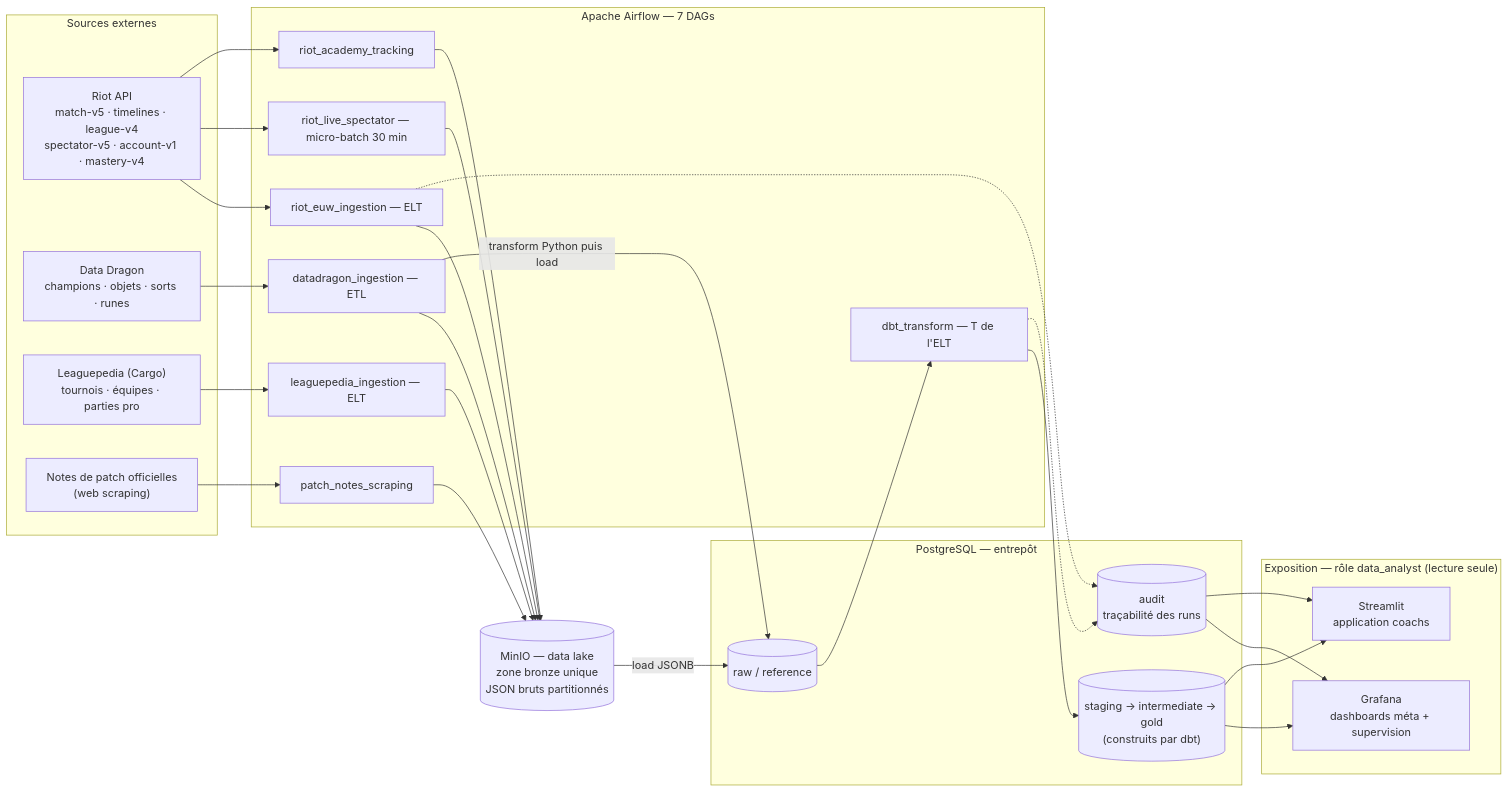
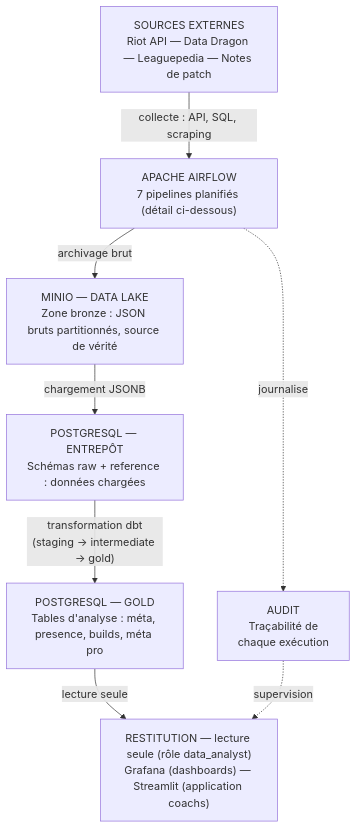
Before and after one commit to Randil12/MyLeague: the diagram in README.md, drawn with Mermaid. The commit also changed other lines of this file, not shown here.

Commit message:
readme update

````diff
--- a/README.md
+++ b/README.md
@@ -11,58 +11,18 @@
 ```mermaid
-flowchart LR
-    subgraph SRC["Sources externes"]
-        RIOT["Riot API<br/>match-v5 · timelines · league-v4<br/>spectator-v5 · account-v1 · mastery-v4"]
-        DD["Data Dragon<br/>champions · objets · sorts · runes"]
-        LP["Leaguepedia (Cargo)<br/>tournois · équipes · parties pro"]
-        PN["Notes de patch officielles<br/>(web scraping)"]
-    end
+flowchart TB
+    SRC["SOURCES EXTERNES<br/>Riot API — Data Dragon — Leaguepedia — Notes de patch"]
+    AF["APACHE AIRFLOW<br/>7 pipelines planifiés (détail ci-dessous)"]
+    MINIO["MINIO — DATA LAKE<br/>Zone bronze : JSON bruts partitionnés, source de vérité"]
+    WH["POSTGRESQL — ENTREPÔT<br/>Schémas raw + reference : données chargées"]
+    GOLD["POSTGRESQL — GOLD<br/>Tables d'analyse : méta, presence, builds, méta pro"]
+    VIZ["RESTITUTION — lecture seule (rôle data_analyst)<br/>Grafana (dashboards) — Streamlit (application coachs)"]
+    AUD["AUDIT<br/>Traçabilité de<br/>chaque exécution"]
 
-    subgraph AF["Apache Airflow — 7 DAGs"]
-        ETL["datadragon_ingestion — ETL"]
-        ELT["riot_euw_ingestion — ELT"]
-        LPI["leaguepedia_ingestion — ELT"]
-        PNS["patch_notes_scraping"]
-        LIVE["riot_live_spectator — micro-batch 30 min"]
-        ACA["riot_academy_tracking"]
-        DBT["dbt_transform — T de l'ELT"]
-    end
-
-    MINIO[("MinIO — data lake<br/>zone bronze unique<br/>JSON bruts partitionnés")]
-
-    subgraph PG["PostgreSQL — entrepôt"]
-        RAW[("raw / reference")]
-        GOLD[("staging → intermediate → gold<br/>(construits par dbt)")]
-        AUDIT[("audit<br/>traçabilité des runs")]
-    end
-
-    subgraph EXPO["Exposition — rôle data_analyst (lecture seule)"]
-        GRAF["Grafana<br/>dashboards méta + supervision"]
-        ST["Streamlit<br/>application coachs"]
-    end
-
-    RIOT --> ELT
-    RIOT --> LIVE
-    RIOT --> ACA
-    DD --> ETL
-    LP --> LPI
-    PN --> PNS
-
-    ELT --> MINIO
-    LPI --> MINIO
-    PNS --> MINIO
-    LIVE --> MINIO
-    ACA --> MINIO
-    ETL --> MINIO
-
-    MINIO -->|load JSONB| RAW
-    ETL -->|transform Python puis load| RAW
-    RAW --> DBT --> GOLD
-
-    ELT -.-> AUDIT
-    DBT -.-> AUDIT
-
-    GOLD --> GRAF
-    GOLD --> ST
-    AUDIT --> GRAF
-    AUDIT --> ST
+    SRC -->|"collecte : API, SQL, scraping"| AF
+    AF -->|"archivage brut"| MINIO
+    MINIO -->|"chargement JSONB"| WH
+    WH -->|"transformation dbt<br/>(staging → intermediate → gold)"| GOLD
+    GOLD -->|"lecture seule"| VIZ
+    AF -.->|"journalise"| AUD
+    AUD -.->|"supervision"| VIZ
 ```
````
